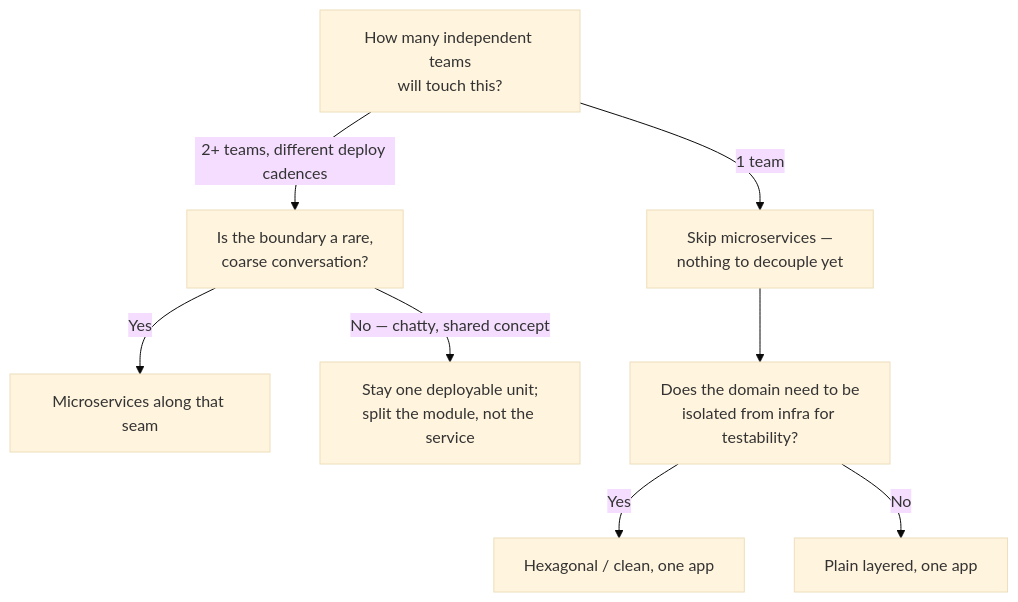
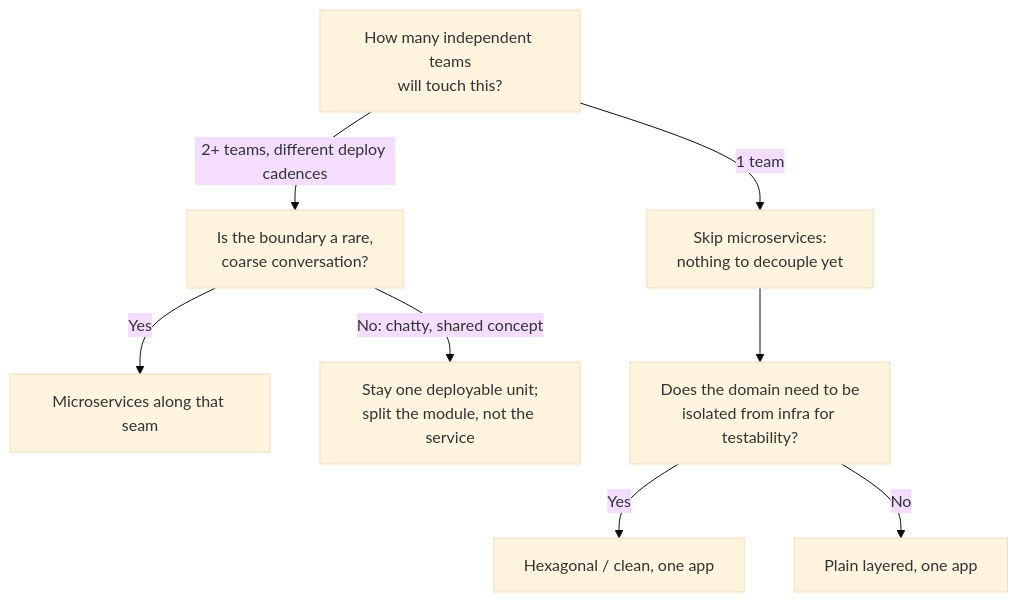
One commit to francoandreDev/knowledge changed the eighth of 8 diagrams in src/content/architecture/architecture-styles/L2-concept.mdx. Above: the diagram before and after it, drawn with Mermaid (base theme). The commit also changed other lines of this file and 16 other files, not shown here.

Commit message:
Migrate software-design closing units and architecture batch 1 (evolutionary-design, long-term-design-judgment, architecture-styles, domain-driven-design) to the three-tier exercise model

````diff
--- a/src/content/architecture/architecture-styles/L2-concept.mdx
+++ b/src/content/architecture/architecture-styles/L2-concept.mdx
@@ -219,10 +224,10 @@
 ```mermaid
 flowchart TD
-    Q1["How many independent teams\nwill touch this?"] -->|"1 team"| Skip["Skip microservices —\nnothing to decouple yet"]
+    Q1["How many independent teams\nwill touch this?"] -->|"1 team"| Skip["Skip microservices:\nnothing to decouple yet"]
     Q1 -->|"2+ teams, different deploy cadences"| Q2["Is the boundary a rare,\ncoarse conversation?"]
     Q2 -->|Yes| MS["Microservices along that seam"]
-    Q2 -->|No — chatty, shared concept| Stay["Stay one deployable unit;\nsplit the module, not the service"]
+    Q2 -->|No: chatty, shared concept| Stay["Stay one deployable unit;\nsplit the module, not the service"]
     Skip --> Q3["Does the domain need to be\nisolated from infra for testability?"]
     Q3 -->|Yes| Hexagonal["Hexagonal / clean, one app"]
     Q3 -->|No| Layered["Plain layered, one app"]
 ```
````
